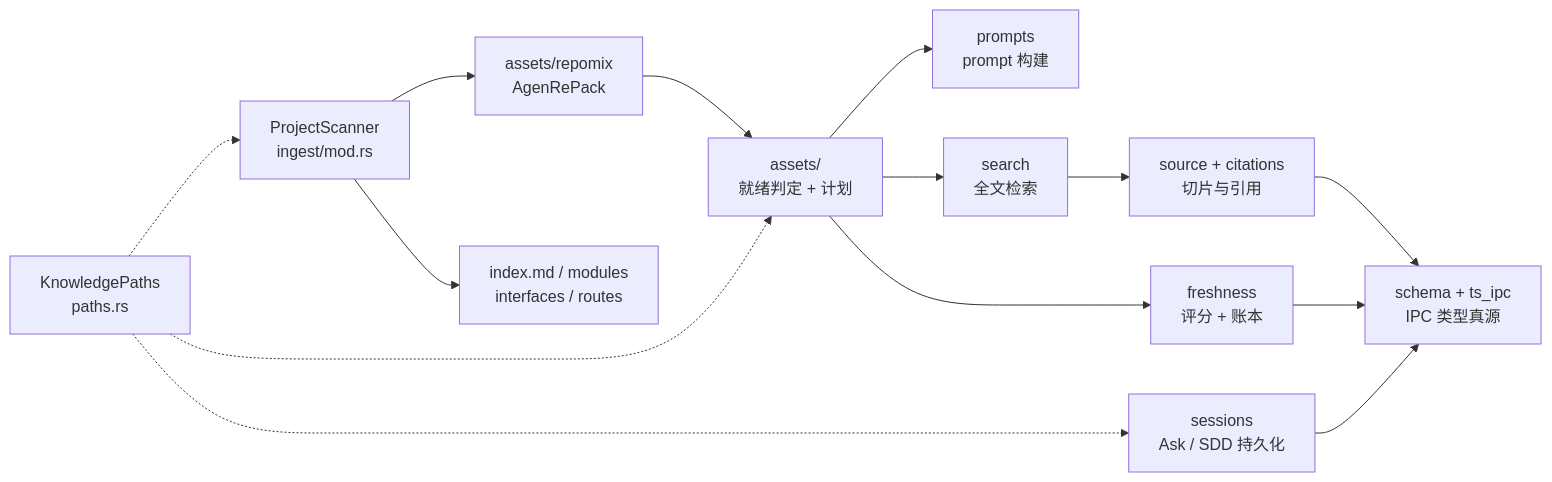
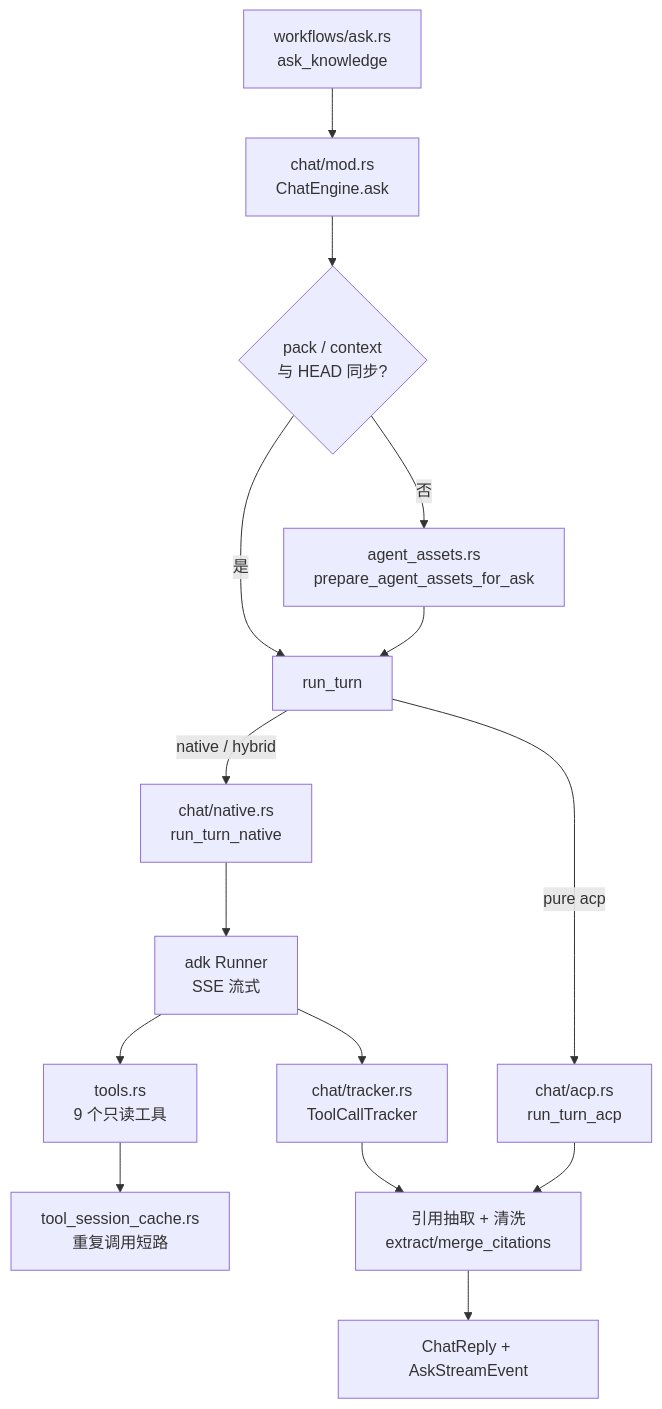
Before and after one commit to sopaco/terrain: the fourth of 6 diagrams in .terrain/human/2.架构.md, drawn with Mermaid. The commit also changed other lines of this file and 39 other files, not shown here.

````diff
--- a/.terrain/human/2.架构.md
+++ b/.terrain/human/2.架构.md
@@ -172,16 +171,17 @@
 ```mermaid
-graph LR
-    SCAN["ProjectScanner<br/>ingest/mod.rs"] --> PACK["assets/repomix<br/>AgenRePack"]
-    SCAN --> DOCS["index.md / modules<br/>interfaces / routes"]
-    PACK --> CTRL["assets/<br/>就绪判定 + 计划"]
-    CTRL --> PROMPTS["prompts<br/>prompt 构建"]
-    CTRL --> SEARCH["search<br/>全文检索"]
-    SEARCH --> SRC["source + citations<br/>切片与引用"]
-    CTRL --> FRESH["freshness<br/>评分 + 账本"]
-    SRC --> SCH["schema + ts_ipc<br/>IPC 类型真源"]
-    FRESH --> SCH
-    SESS["sessions<br/>Ask / SDD 持久化"] --> SCH
-    PATH["KnowledgePaths<br/>paths.rs"] -.-> SCAN
-    PATH -.-> CTRL
-    PATH -.-> SESS
+graph TD
+    ASK["workflows/ask.rs<br/>ask_knowledge"] --> ENGINE["chat/mod.rs<br/>ChatEngine.ask"]
+    ENGINE --> SYNC{"pack / context<br/>与 HEAD 同步?"}
+    SYNC -->|否| PREP["agent_assets.rs<br/>prepare_agent_assets_for_ask"]
+    SYNC -->|是| TURN["run_turn"]
+    PREP --> TURN
+    TURN -->|pure acp| ACP["chat/acp.rs<br/>run_turn_acp"]
+    TURN -->|native / hybrid| NAT["chat/native.rs<br/>run_turn_native"]
+    NAT --> RUNNER["adk Runner<br/>SSE 流式"]
+    RUNNER --> TRACK["chat/tracker.rs<br/>ToolCallTracker"]
+    RUNNER --> TOOLS["tools.rs<br/>9 个只读工具"]
+    TOOLS --> CACHE["tool_session_cache.rs<br/>重复调用短路"]
+    TRACK --> FINAL["引用抽取 + 清洗<br/>extract/merge_citations"]
+    ACP --> FINAL
+    FINAL --> REPLY["ChatReply + AskStreamEvent"]
 ```
````
